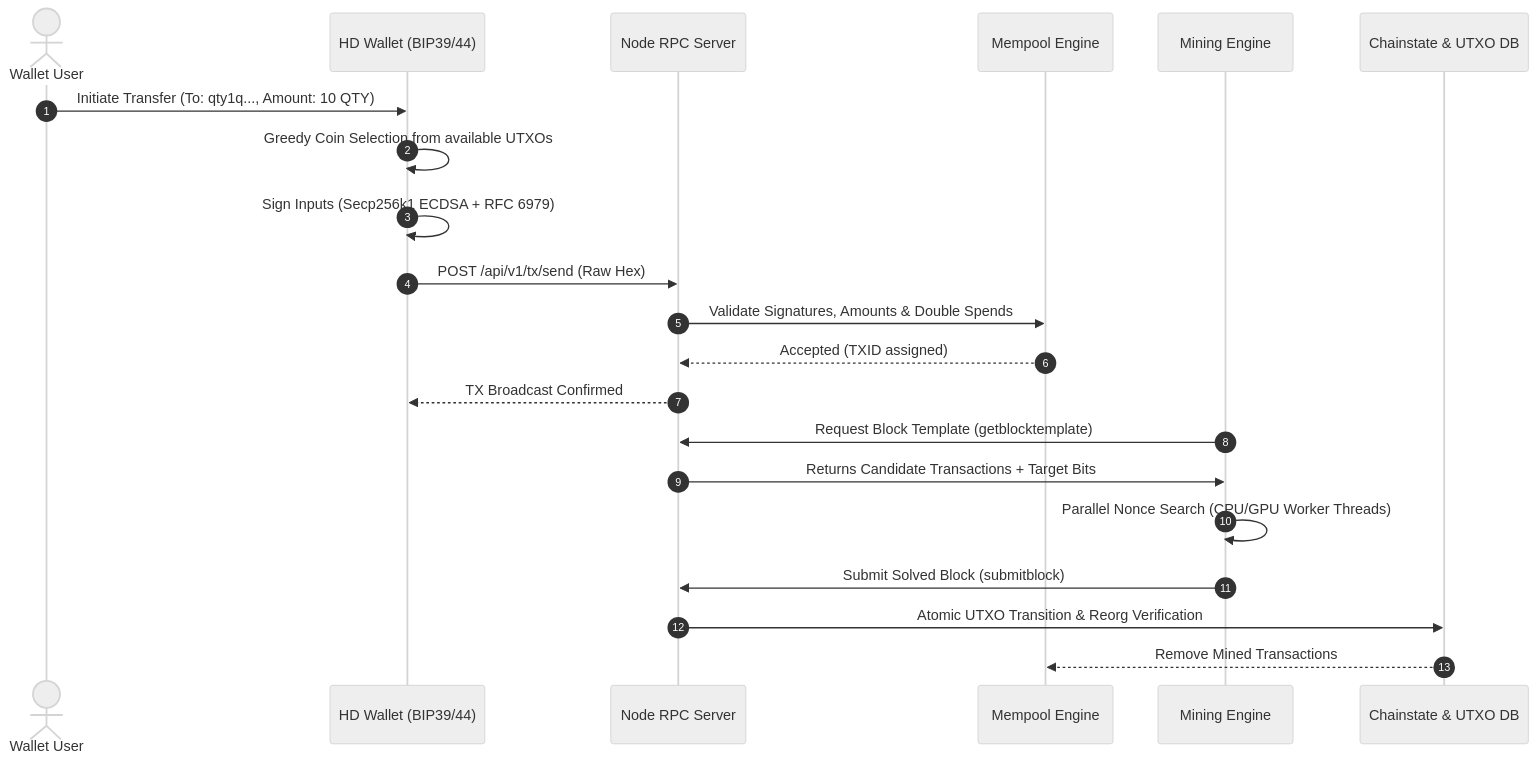
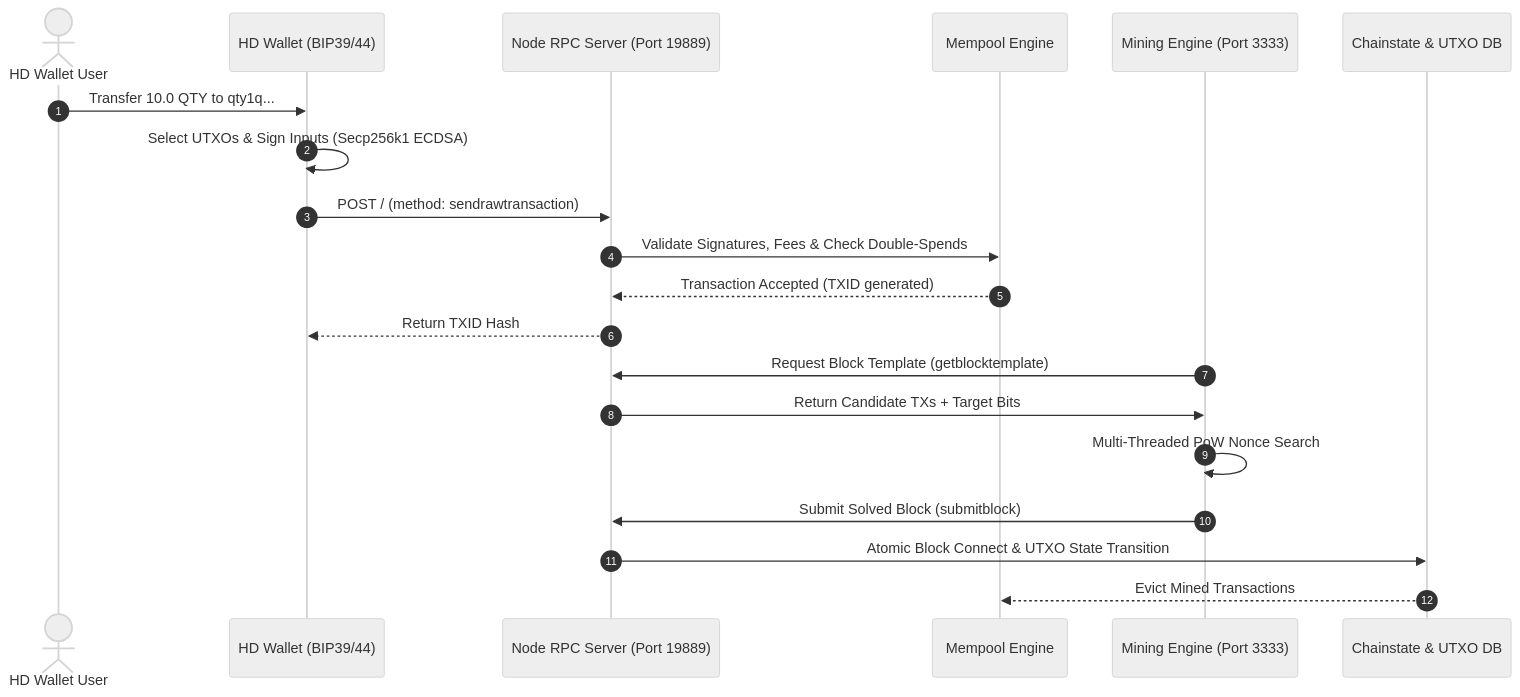
One commit to timfromhcs/QuantyCoin changed the second of 2 diagrams in README.md. Above: the diagram before and after it, drawn with Mermaid (neutral theme). The commit also changed other lines of this file and 6 other files, not shown here.

````diff
--- a/README.md
+++ b/README.md
@@ -93,24 +124,23 @@
 ```mermaid
 sequenceDiagram
     autonumber
-    actor User as Wallet User
+    actor User as HD Wallet User
     participant Wallet as HD Wallet (BIP39/44)
-    participant RPC as Node RPC Server
+    participant RPC as Node RPC Server (Port 19889)
     participant Mempool as Mempool Engine
-    participant Miner as Mining Engine
+    participant Miner as Mining Engine (Port 3333)
     participant State as Chainstate & UTXO DB
 
-    User->>Wallet: Initiate Transfer (To: qty1q..., Amount: 10 QTY)
-    Wallet->>Wallet: Greedy Coin Selection from available UTXOs
-    Wallet->>Wallet: Sign Inputs (Secp256k1 ECDSA + RFC 6979)
-    Wallet->>RPC: POST /api/v1/tx/send (Raw Hex)
-    RPC->>Mempool: Validate Signatures, Amounts & Double Spends
-    Mempool-->>RPC: Accepted (TXID assigned)
-    RPC-->>Wallet: TX Broadcast Confirmed
+    User->>Wallet: Transfer 10.0 QTY to qty1q...
+    Wallet->>Wallet: Select UTXOs & Sign Inputs (Secp256k1 ECDSA)
+    Wallet->>RPC: POST / (method: sendrawtransaction)
+    RPC->>Mempool: Validate Signatures, Fees & Check Double-Spends
+    Mempool-->>RPC: Transaction Accepted (TXID generated)
+    RPC-->>Wallet: Return TXID Hash
     Miner->>RPC: Request Block Template (getblocktemplate)
-    RPC->>Miner: Returns Candidate Transactions + Target Bits
-    Miner->>Miner: Parallel Nonce Search (CPU/GPU Worker Threads)
+    RPC->>Miner: Return Candidate TXs + Target Bits
+    Miner->>Miner: Multi-Threaded PoW Nonce Search
     Miner->>RPC: Submit Solved Block (submitblock)
-    RPC->>State: Atomic UTXO Transition & Reorg Verification
-    State-->>Mempool: Remove Mined Transactions
+    RPC->>State: Atomic Block Connect & UTXO State Transition
+    State-->>Mempool: Evict Mined Transactions
 ```
````
